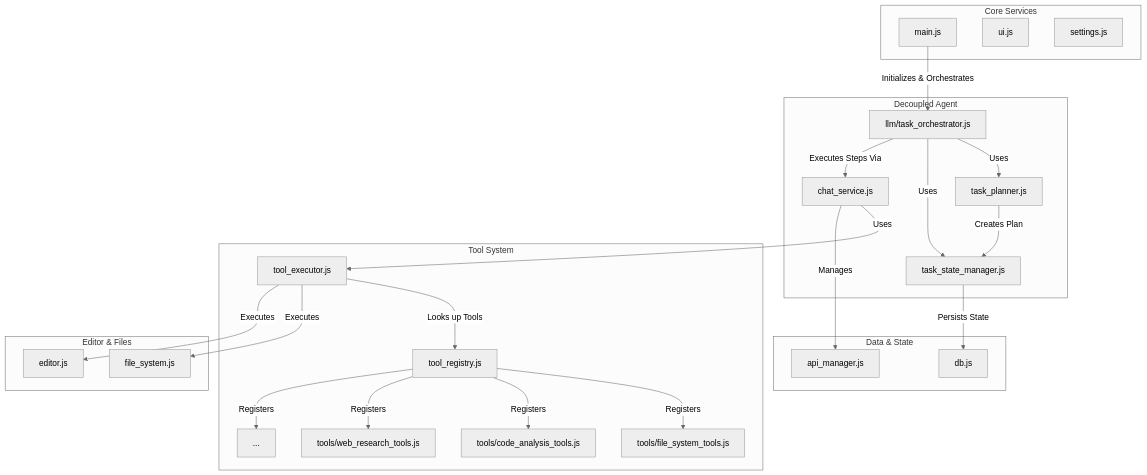
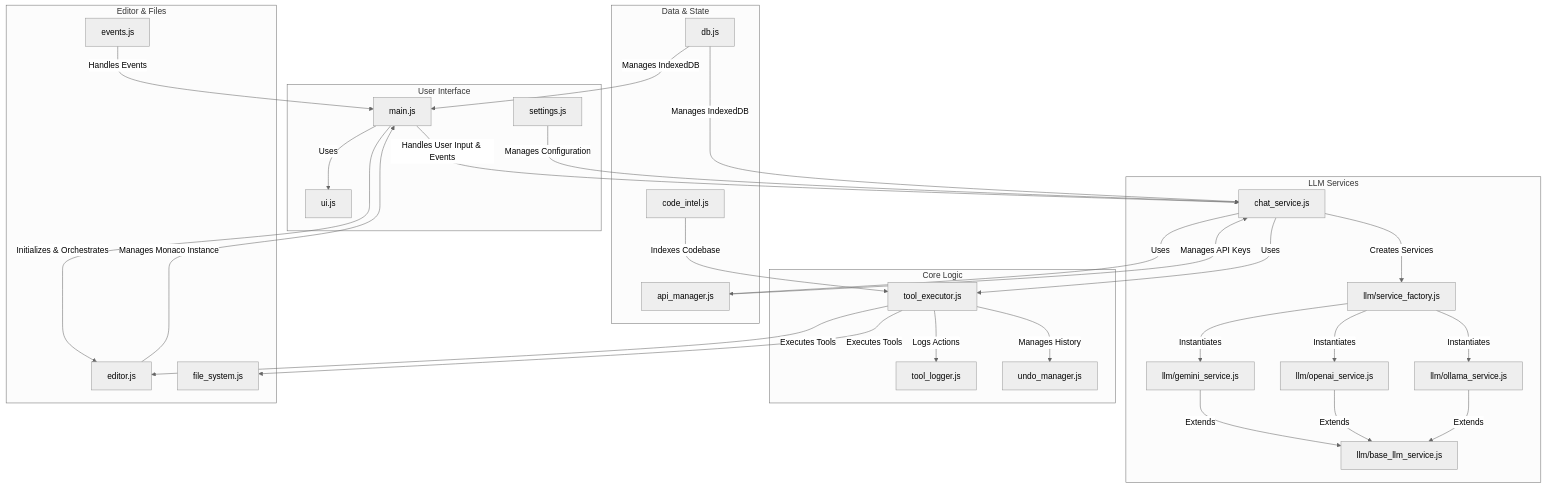
Before and after one commit to yapweijun1996/AI-Code-Editor-v16: the first of 6 diagrams in docs/ARCHITECTURE.md, drawn with Mermaid (neutral theme). The commit also changed other lines of this file and 53 other files, not shown here.

````diff
--- a/docs/ARCHITECTURE.md
+++ b/docs/ARCHITECTURE.md
@@ -27,50 +22,59 @@
 ```mermaid
 graph TD
-    subgraph Core Services
+    subgraph User Interface
         A[main.js]
         B[ui.js]
         S[settings.js]
     end
 
-    subgraph Decoupled Agent
-        TO[llm/task_orchestrator.js]
-        TP[task_planner.js]
-        TSM[task_state_manager.js]
+    subgraph LLM Services
         CS[chat_service.js]
+        SF[llm/service_factory.js]
+        GS[llm/gemini_service.js]
+        OS[llm/openai_service.js]
+        OLS[llm/ollama_service.js]
+        BS[llm/base_llm_service.js]
     end
 
-    subgraph Tool System
-        TE[tool_executor.js]
-        TR[tool_registry.js]
-        T_FS[tools/file_system_tools.js]
-        T_CA[tools/code_analysis_tools.js]
-        T_WR[tools/web_research_tools.js]
-        T_Other[...]
+    subgraph Core Logic
+        D[tool_executor.js]
+        TL[tool_logger.js]
+        UM[undo_manager.js]
     end
 
     subgraph Data & State
-        DB[db.js]
-        AM[api_manager.js]
+        E[db.js]
+        F[api_manager.js]
+        CI[code_intel.js]
     end
 
     subgraph Editor & Files
-        ED[editor.js]
-        FS[file_system.js]
+        G[editor.js]
+        H[file_system.js]
+        EV[events.js]
     end
 
-    A -- Initializes & Orchestrates --> TO
-    TO -- Uses --> TP
-    TO -- Uses --> TSM
-    TO -- Executes Steps Via --> CS
-    TP -- Creates Plan --> TSM
-    CS -- Uses --> TE
-    TE -- Looks up Tools --> TR
-    TR -- Registers --> T_FS
-    TR -- Registers --> T_CA
-    TR -- Registers --> T_WR
-    TR -- Registers --> T_Other
-    TE -- Executes --> FS
-    TE -- Executes --> ED
-    CS -- Manages --> AM
-    TSM -- Persists State --> DB
+    A -- Initializes & Orchestrates --> G
+    A -- Handles User Input & Events --> CS
+    A -- Uses --> B
+    CS -- Creates Services --> SF
+    SF -- Instantiates --> GS
+    SF -- Instantiates --> OS
+    SF -- Instantiates --> OLS
+    GS -- Extends --> BS
+    OS -- Extends --> BS
+    OLS -- Extends --> BS
+    CS -- Uses --> D
+    CS -- Uses --> F
+    D -- Executes Tools --> H
+    D -- Executes Tools --> G
+    D -- Logs Actions --> TL
+    D -- Manages History --> UM
+    G -- Manages Monaco Instance --> A
+    E -- Manages IndexedDB --> A
+    E -- Manages IndexedDB --> CS
+    F -- Manages API Keys --> CS
+    S -- Manages Configuration --> CS
+    CI -- Indexes Codebase --> D
+    EV -- Handles Events --> A
 ```
````
